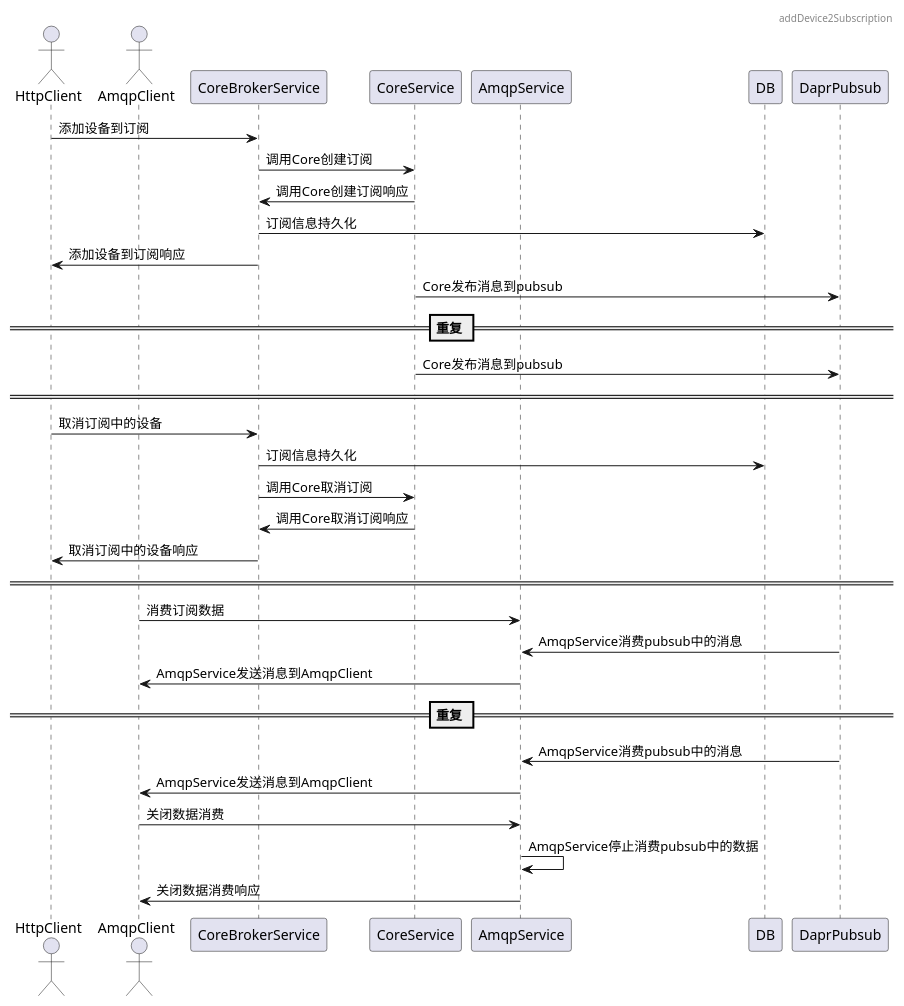
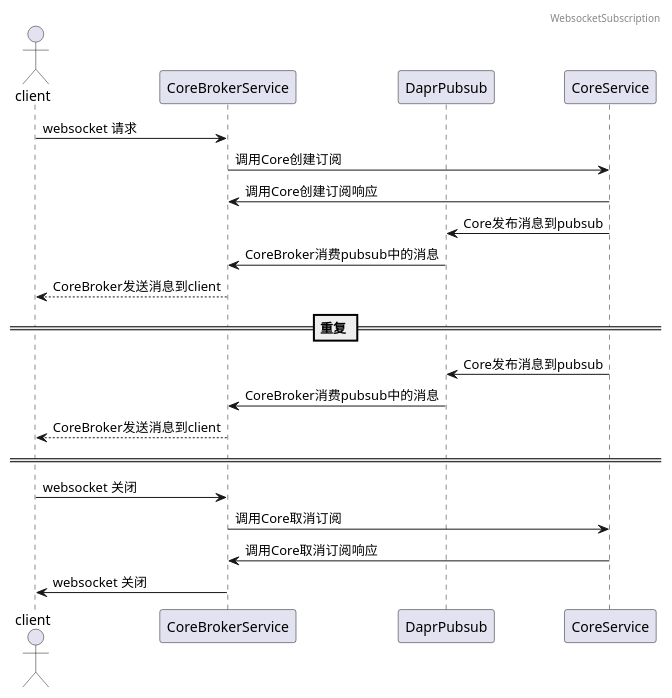
Before and after one commit to tkeel-io/docs: the eighth of 8 diagrams in docs/api/appendix/plantuml/core_broker.md, drawn with PlantUML. The commit also changed other lines of this file and 1 other file, not shown here.

Commit message:
feat: update data use plantuml

````diff
--- a/docs/api/appendix/plantuml/core_broker.md
+++ b/docs/api/appendix/plantuml/core_broker.md
@@ -53,41 +133,28 @@
 ```plantuml
 @startuml
-header addDevice2Subscription
+header WebsocketSubscription
 
-actor HttpClient
-actor AmqpClient
+actor client
 participant CoreBrokerService
+participant DaprPubsub
 participant CoreService
-participant AmqpService
 
-
-HttpClient->CoreBrokerService:添加设备到订阅
+client->CoreBrokerService:websocket 请求
 CoreBrokerService->CoreService:调用Core创建订阅
 CoreBrokerService<-CoreService:调用Core创建订阅响应
-CoreBrokerService->DB:订阅信息持久化
-HttpClient<-CoreBrokerService:添加设备到订阅响应
 CoreService->DaprPubsub:Core发布消息到pubsub
+DaprPubsub->CoreBrokerService:CoreBroker消费pubsub中的消息
+CoreBrokerService-->client:CoreBroker发送消息到client
+
 == 重复 ==
 CoreService->DaprPubsub:Core发布消息到pubsub
+DaprPubsub->CoreBrokerService:CoreBroker消费pubsub中的消息
+CoreBrokerService-->client:CoreBroker发送消息到client
 
 ====
-HttpClient->CoreBrokerService:取消订阅中的设备
-CoreBrokerService->DB:订阅信息持久化
+client->CoreBrokerService:websocket 关闭
 CoreBrokerService->CoreService:调用Core取消订阅
 CoreBrokerService<-CoreService:调用Core取消订阅响应
-HttpClient<-CoreBrokerService:取消订阅中的设备响应
-
-====
-AmqpClient->AmqpService:消费订阅数据
-
-DaprPubsub->AmqpService:AmqpService消费pubsub中的消息
-AmqpService->AmqpClient:AmqpService发送消息到AmqpClient
-== 重复 ==
-DaprPubsub->AmqpService:AmqpService消费pubsub中的消息
-AmqpService->AmqpClient:AmqpService发送消息到AmqpClient
-
-AmqpClient->AmqpService:关闭数据消费
-AmqpService->AmqpService:AmqpService停止消费pubsub中的数据
-AmqpClient<-AmqpService:关闭数据消费响应
+client<-CoreBrokerService:websocket 关闭
 @enduml
 ```
````
